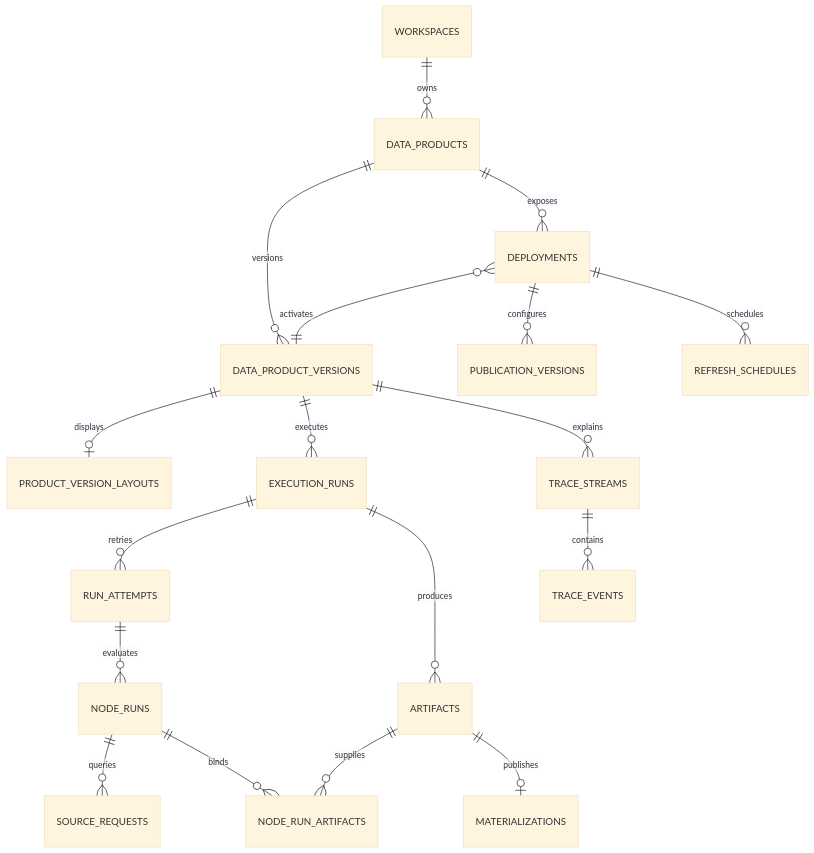
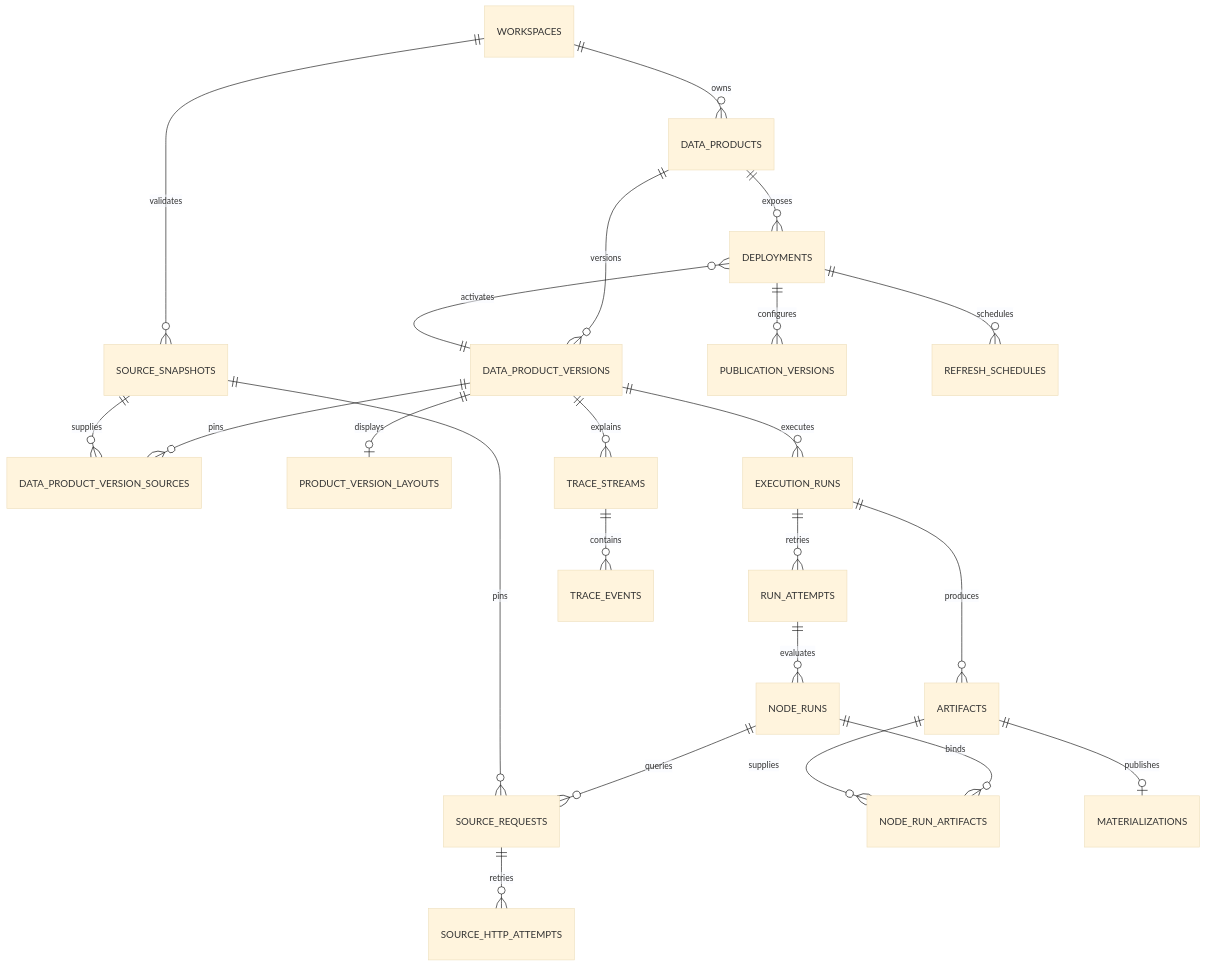
The second of 3 diagrams in data-model.md (MrGood4U/sprue_hackathon), drawn with Mermaid (base theme) before and after one commit. The commit also changed other lines of this file and 5 other files, not shown here.

Commit message:
docs: refine source model from Graph references

````diff
--- a/data-model.md
+++ b/data-model.md
@@ -117,20 +118,25 @@
 ```mermaid
 erDiagram
     WORKSPACES ||--o{ DATA_PRODUCTS : owns
+    WORKSPACES ||--o{ SOURCE_SNAPSHOTS : validates
     DATA_PRODUCTS ||--o{ DATA_PRODUCT_VERSIONS : versions
+    DATA_PRODUCT_VERSIONS ||--o{ DATA_PRODUCT_VERSION_SOURCES : pins
+    SOURCE_SNAPSHOTS ||--o{ DATA_PRODUCT_VERSION_SOURCES : supplies
     DATA_PRODUCT_VERSIONS ||--o| PRODUCT_VERSION_LAYOUTS : displays
     DATA_PRODUCTS ||--o{ DEPLOYMENTS : exposes
     DEPLOYMENTS }o--|| DATA_PRODUCT_VERSIONS : activates
     DEPLOYMENTS ||--o{ PUBLICATION_VERSIONS : configures
     DEPLOYMENTS ||--o{ REFRESH_SCHEDULES : schedules
     DATA_PRODUCT_VERSIONS ||--o{ EXECUTION_RUNS : executes
     EXECUTION_RUNS ||--o{ RUN_ATTEMPTS : retries
     RUN_ATTEMPTS ||--o{ NODE_RUNS : evaluates
     NODE_RUNS ||--o{ SOURCE_REQUESTS : queries
+    SOURCE_SNAPSHOTS ||--o{ SOURCE_REQUESTS : pins
+    SOURCE_REQUESTS ||--o{ SOURCE_HTTP_ATTEMPTS : retries
     NODE_RUNS ||--o{ NODE_RUN_ARTIFACTS : binds
     ARTIFACTS ||--o{ NODE_RUN_ARTIFACTS : supplies
     EXECUTION_RUNS ||--o{ ARTIFACTS : produces
     ARTIFACTS ||--o| MATERIALIZATIONS : publishes
     DATA_PRODUCT_VERSIONS ||--o{ TRACE_STREAMS : explains
     TRACE_STREAMS ||--o{ TRACE_EVENTS : contains
 ```
````
